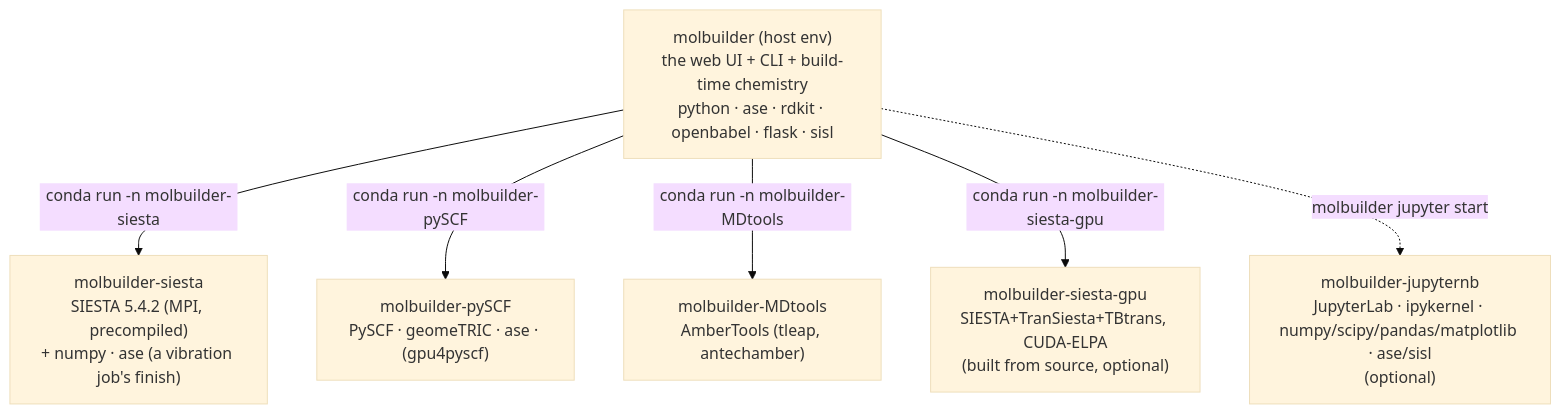
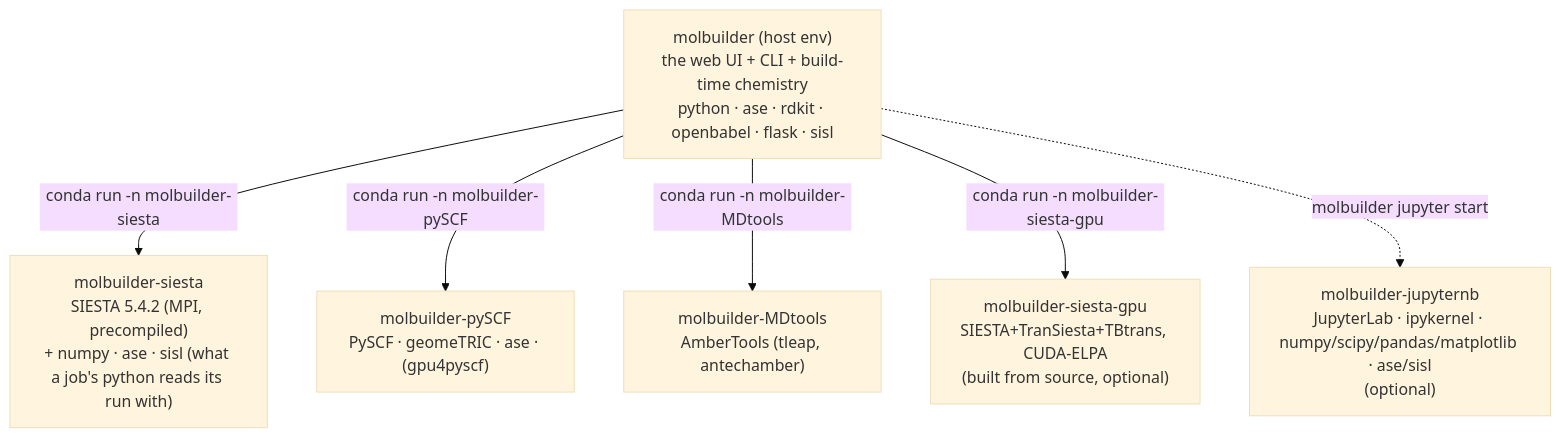
The diagram in docs/ops/installation.md (Qing-LAB/molbuilder), drawn with Mermaid (base theme) before and after one commit. The commit also changed other lines of this file and 51 other files, not shown here.

````diff
--- a/docs/ops/installation.md
+++ b/docs/ops/installation.md
@@ -24,9 +24,9 @@
 ```mermaid
 flowchart TD
   HOST["molbuilder (host env)<br/>the web UI + CLI + build-time chemistry<br/>python · ase · rdkit · openbabel · flask · sisl"]
-  HOST -->|"conda run -n molbuilder-siesta"| SI["molbuilder-siesta<br/>SIESTA 5.4.2 (MPI, precompiled)<br/>+ numpy · ase (a vibration job's finish)"]
+  HOST -->|"conda run -n molbuilder-siesta"| SI["molbuilder-siesta<br/>SIESTA 5.4.2 (MPI, precompiled)<br/>+ numpy · ase · sisl (what a job's python reads its run with)"]
   HOST -->|"conda run -n molbuilder-pySCF"| PY["molbuilder-pySCF<br/>PySCF · geomeTRIC · ase · (gpu4pyscf)"]
   HOST -->|"conda run -n molbuilder-MDtools"| MD["molbuilder-MDtools<br/>AmberTools (tleap, antechamber)"]
   HOST -->|"conda run -n molbuilder-siesta-gpu"| GPU["molbuilder-siesta-gpu<br/>SIESTA+TranSiesta+TBtrans, CUDA-ELPA<br/>(built from source, optional)"]
   HOST -.->|"molbuilder jupyter start"| NB["molbuilder-jupyternb<br/>JupyterLab · ipykernel · numpy/scipy/pandas/matplotlib · ase/sisl<br/>(optional)"]
 ```
````
